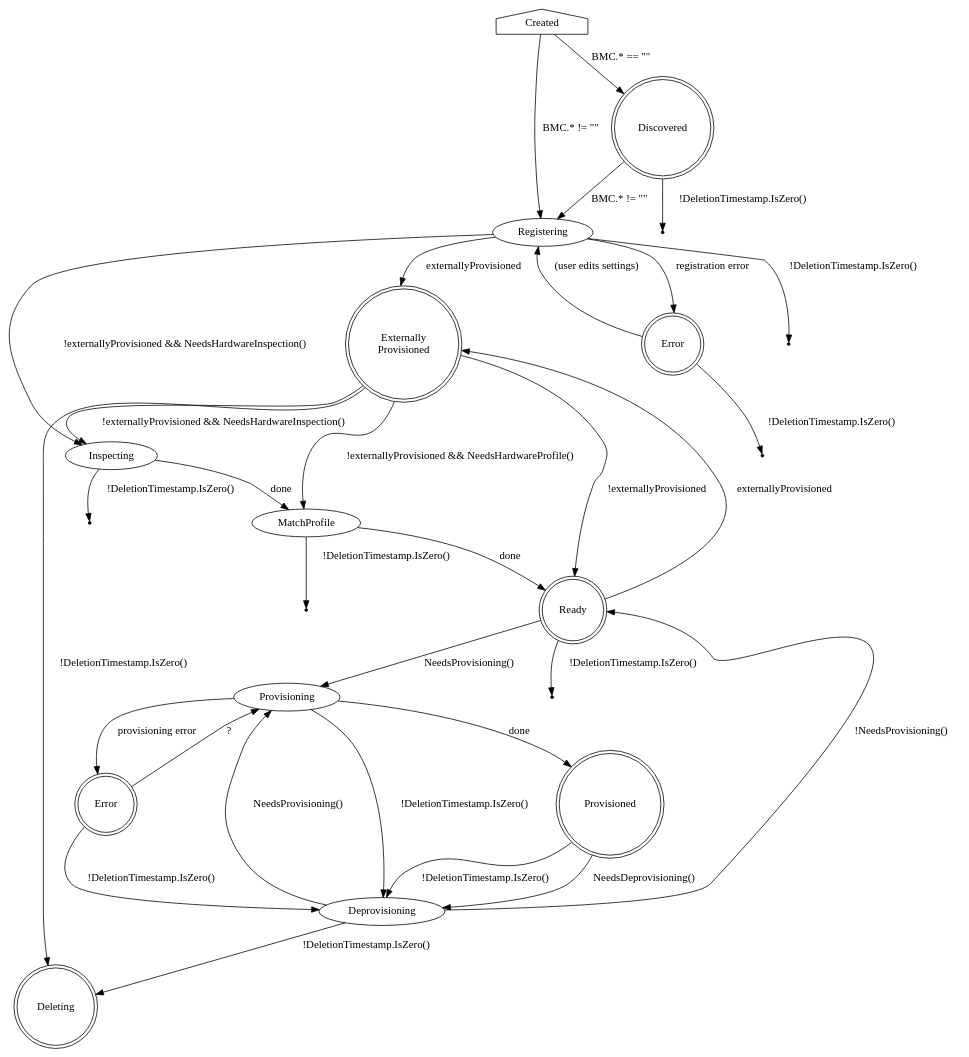
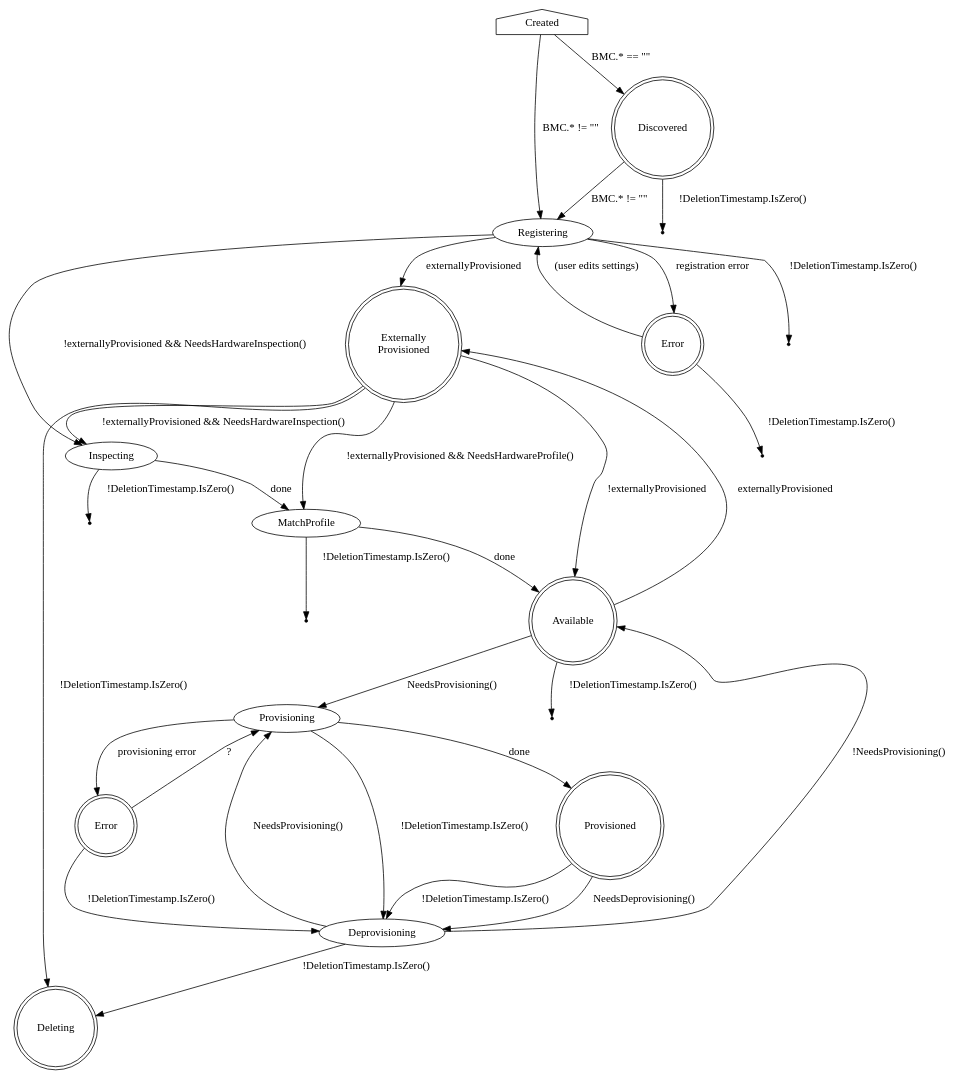
The diagram in docs/BaremetalHost_ProvisioningState.dot (metal3-io/baremetal-operator), drawn with Graphviz before and after one commit. The commit also changed 4 other files, not shown here.

```diff
--- a/docs/BaremetalHost_ProvisioningState.dot
+++ b/docs/BaremetalHost_ProvisioningState.dot
@@ -1,68 +1,68 @@
 digraph BaremetalHost {
     Created [shape=house]
     Created -> Discovered [label="BMC.* == \"\""]
     Created -> Registering [label="BMC.* != \"\""]
 
     Discovered [shape=doublecircle]
     Discovered -> Registering [label="BMC.* != \"\""]
     Discovered -> Deleting1 [label="!DeletionTimestamp.IsZero()"]
 
     Deleting1 [shape=point]
 
     ExternallyProvisioned [label="Externally\nProvisioned"]
 
     Registering -> Inspecting [label="!externallyProvisioned && NeedsHardwareInspection()"]
     Registering -> ExternallyProvisioned [label="externallyProvisioned"]
     Registering -> RegistrationError [shape=doublecircle label="registration error"]
     Registering -> Deleting2 [label="!DeletionTimestamp.IsZero()"]
 
     Deleting2 [shape=point]
 
     ExternallyProvisioned -> Inspecting [label="!externallyProvisioned && NeedsHardwareInspection()"]
     ExternallyProvisioned -> MatchProfile [label="!externallyProvisioned && NeedsHardwareProfile()"]
-    ExternallyProvisioned -> Ready [label="!externallyProvisioned"]
-    Ready -> ExternallyProvisioned [label="externallyProvisioned"]
+    ExternallyProvisioned -> Available [label="!externallyProvisioned"]
+    Available -> ExternallyProvisioned [label="externallyProvisioned"]
 
     Inspecting -> MatchProfile [label="done"]
     Inspecting -> Deleting3 [label="!DeletionTimestamp.IsZero()"]
 
     Deleting3 [shape=point]
 
-    MatchProfile -> Ready [label="done"]
+    MatchProfile -> Available [label="done"]
     MatchProfile -> Deleting4 [label="!DeletionTimestamp.IsZero()"]
 
     Deleting4 [shape=point]
 
     RegistrationError [shape=doublecircle label="Error"]
     RegistrationError -> Registering [label="(user edits settings)"]
     RegistrationError -> Deleting5 [label="!DeletionTimestamp.IsZero()"]
 
     Deleting5 [shape=point]
 
-    Ready [shape=doublecircle]
-    Ready -> Provisioning [label="NeedsProvisioning()"]
-    Ready -> Deleting6 [label="!DeletionTimestamp.IsZero()"]
+    Available [shape=doublecircle]
+    Available -> Provisioning [label="NeedsProvisioning()"]
+    Available -> Deleting6 [label="!DeletionTimestamp.IsZero()"]
 
     Deleting6 [shape=point]
 
     Provisioning -> Provisioned [label=done]
     Provisioning -> ProvisioningError [label="provisioning error"]
     Provisioning -> Deprovisioning [label="!DeletionTimestamp.IsZero()"]
 
     ProvisioningError [shape=doublecircle label="Error"]
     ProvisioningError -> Provisioning [label="?"]
     ProvisioningError -> Deprovisioning [label="!DeletionTimestamp.IsZero()"]
 
     Provisioned [shape=doublecircle]
     Provisioned -> Deprovisioning [label="NeedsDeprovisioning()"]
     Provisioned -> Deprovisioning [label="!DeletionTimestamp.IsZero()"]
 
     ExternallyProvisioned [shape=doublecircle]
     ExternallyProvisioned -> Deleting [label="!DeletionTimestamp.IsZero()"]
 
     Deprovisioning -> Provisioning [label="NeedsProvisioning()"]
-    Deprovisioning -> Ready [label="!NeedsProvisioning()"]
+    Deprovisioning -> Available [label="!NeedsProvisioning()"]
     Deprovisioning -> Deleting [label="!DeletionTimestamp.IsZero()"]
 
     Deleting [shape=doublecircle]
 }
```
